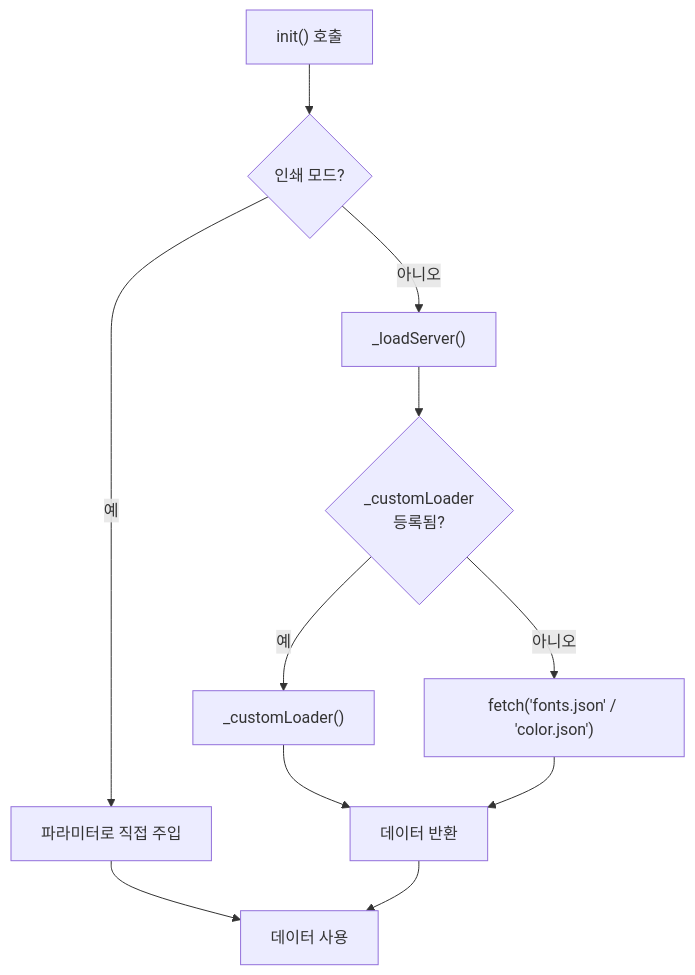
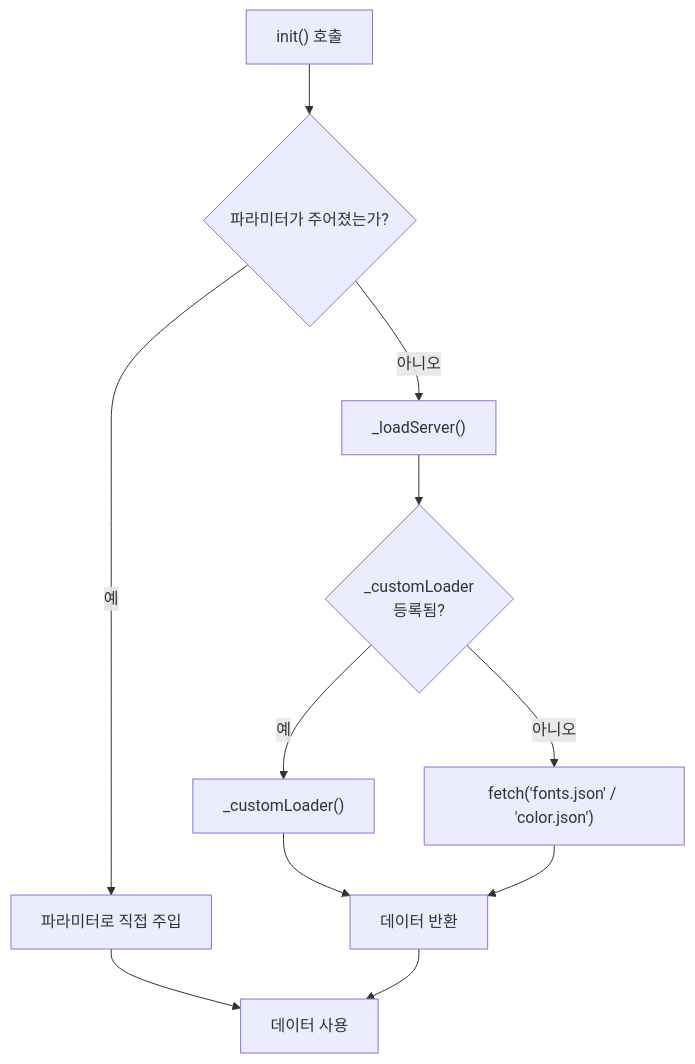
One commit to kyiimn/layout-element changed the fourth of 5 diagrams in docs/RESOURCE.md. Above: the diagram before and after it, drawn with Mermaid. The commit also changed other lines of this file and 22 other files, not shown here.

````diff
--- a/docs/RESOURCE.md
+++ b/docs/RESOURCE.md
@@ -407,13 +405,13 @@
 ```mermaid
 flowchart TD
-    A["init() 호출"] --> B{인쇄 모드?}
+    A["init() 호출"] --> B{파라미터가 주어졌는가?}
     B -->|예| C["파라미터로 직접 주입"]
     B -->|아니오| D["_loadServer()"]
     D --> E{"_customLoader<br/>등록됨?"}
     E -->|예| F["_customLoader()"]
     E -->|아니오| G["fetch('fonts.json' / 'color.json')"]
     F --> H["데이터 반환"]
     G --> H
     C --> I["데이터 사용"]
     H --> I
 ```
````
